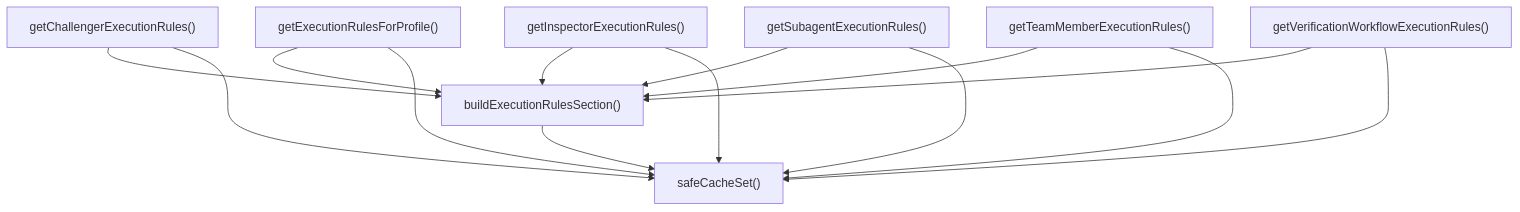
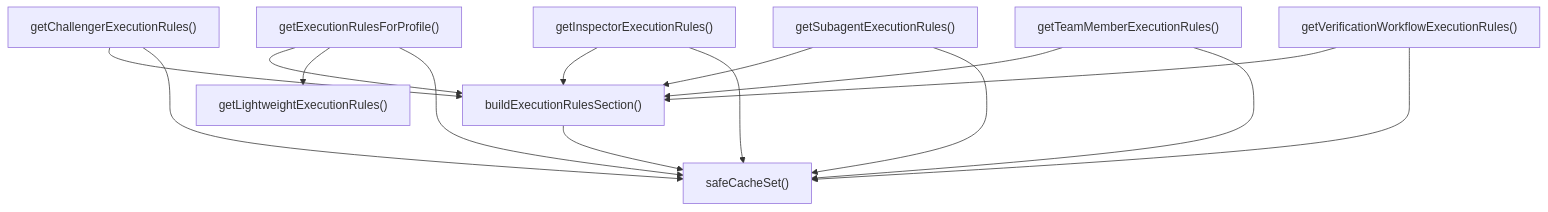
Before and after one commit to Mekann2904/mekann: the second of 2 diagrams in ABDD/.pi/lib/execution-rules.md, drawn with Mermaid. The commit also changed other lines of this file and 257 other files, not shown here.

````diff
--- a/ABDD/.pi/lib/execution-rules.md
+++ b/ABDD/.pi/lib/execution-rules.md
@@ -47,24 +48,26 @@
 ```mermaid
 flowchart TD
   buildExecutionRulesSection["buildExecutionRulesSection()"]
   getChallengerExecutionRules["getChallengerExecutionRules()"]
   getExecutionRulesForProfile["getExecutionRulesForProfile()"]
   getInspectorExecutionRules["getInspectorExecutionRules()"]
+  getLightweightExecutionRules["getLightweightExecutionRules()"]
   getSubagentExecutionRules["getSubagentExecutionRules()"]
   getTeamMemberExecutionRules["getTeamMemberExecutionRules()"]
   getVerificationWorkflowExecutionRules["getVerificationWorkflowExecutionRules()"]
   safeCacheSet["safeCacheSet()"]
   buildExecutionRulesSection --> safeCacheSet
   getChallengerExecutionRules --> buildExecutionRulesSection
   getChallengerExecutionRules --> safeCacheSet
   getExecutionRulesForProfile --> buildExecutionRulesSection
+  getExecutionRulesForProfile --> getLightweightExecutionRules
   getExecutionRulesForProfile --> safeCacheSet
   getInspectorExecutionRules --> buildExecutionRulesSection
   getInspectorExecutionRules --> safeCacheSet
   getSubagentExecutionRules --> buildExecutionRulesSection
   getSubagentExecutionRules --> safeCacheSet
   getTeamMemberExecutionRules --> buildExecutionRulesSection
   getTeamMemberExecutionRules --> safeCacheSet
   getVerificationWorkflowExecutionRules --> buildExecutionRulesSection
   getVerificationWorkflowExecutionRules --> safeCacheSet
 ```
````
